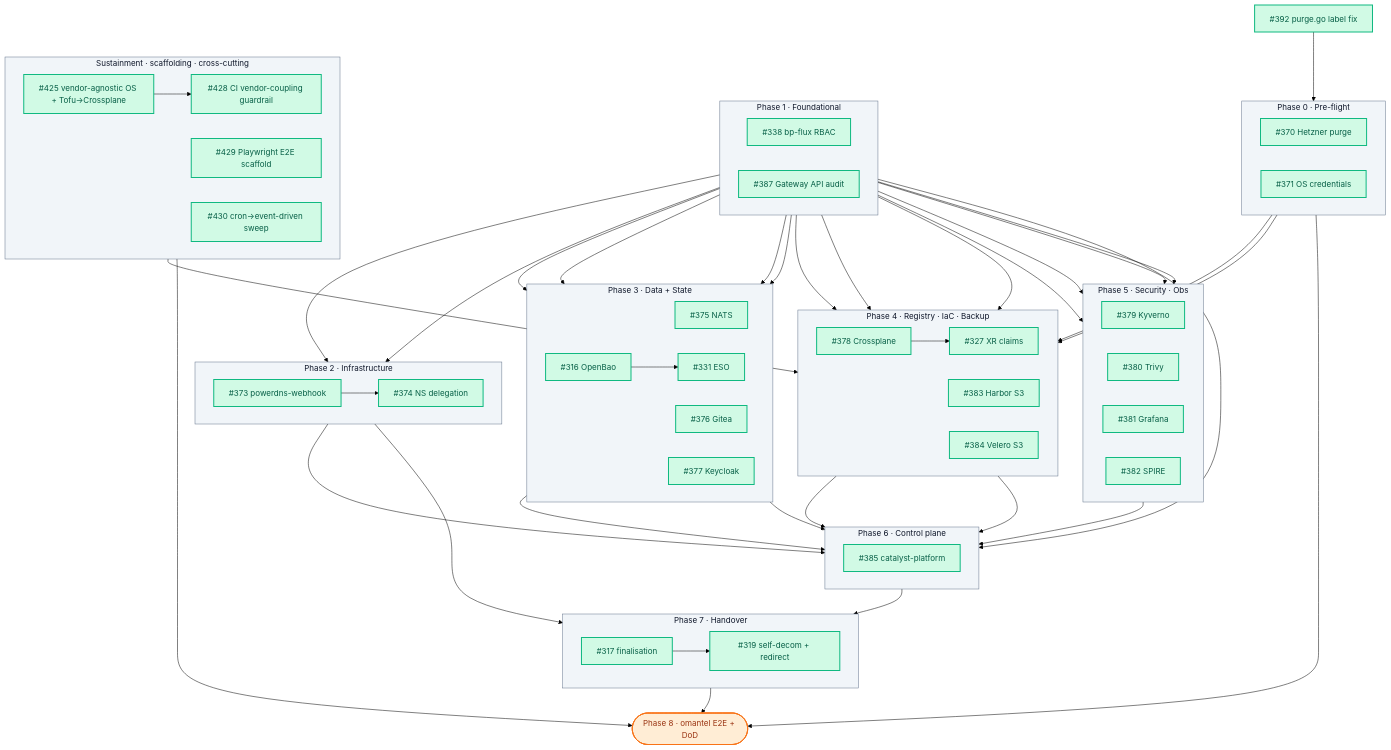
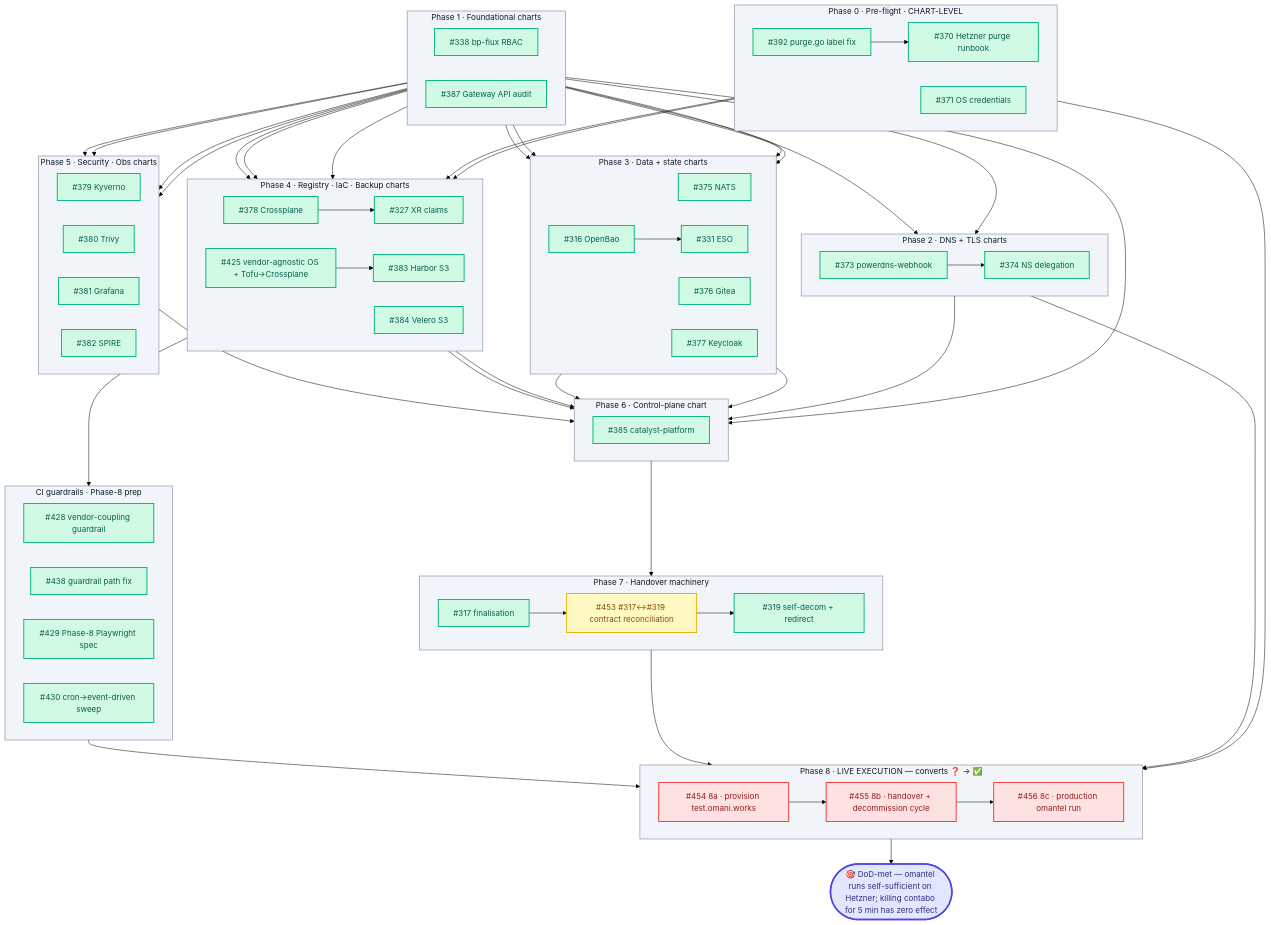
One commit to openova-io/openova changed the diagram in docs/omantel-handover-wbs.md. Above: the diagram before and after it, drawn with Mermaid (forest theme). The commit also changed other lines of this file, not shown here.

````diff
--- a/docs/omantel-handover-wbs.md
+++ b/docs/omantel-handover-wbs.md
@@ -95,25 +119,27 @@
     classDef wip fill:#fef9c3,stroke:#eab308,color:#854d0e,stroke-width:2px
     classDef blocked fill:#fee2e2,stroke:#ef4444,color:#991b1b,stroke-width:2px
     classDef gate fill:#ffedd5,stroke:#f97316,color:#9a3412,stroke-width:2px
+    classDef dod fill:#e0e7ff,stroke:#4f46e5,color:#312e81,stroke-width:3px
 
-    subgraph PH0[Phase 0 · Pre-flight]
+    subgraph PH0[Phase 0 · Pre-flight · CHART-LEVEL]
         direction LR
-        T370["#370 Hetzner purge"]
+        T370["#370 Hetzner purge runbook"]
         T371["#371 OS credentials"]
+        T392["#392 purge.go label fix"]
     end
 
-    subgraph PH1[Phase 1 · Foundational]
+    subgraph PH1[Phase 1 · Foundational charts]
         direction LR
         T338["#338 bp-flux RBAC"]
         T387["#387 Gateway API audit"]
     end
 
-    subgraph PH2[Phase 2 · Infrastructure]
+    subgraph PH2[Phase 2 · DNS + TLS charts]
         direction LR
         T373["#373 powerdns-webhook"] --> T374["#374 NS delegation"]
     end
 
-    subgraph PH3[Phase 3 · Data + State]
+    subgraph PH3[Phase 3 · Data + state charts]
         direction LR
         T375["#375 NATS"]
         T376["#376 Gitea"]
@@ -121,14 +147,15 @@
         T316["#316 OpenBao"] --> T331["#331 ESO"]
     end
 
-    subgraph PH4[Phase 4 · Registry · IaC · Backup]
+    subgraph PH4[Phase 4 · Registry · IaC · Backup charts]
         direction LR
         T378["#378 Crossplane"] --> T327["#327 XR claims"]
         T383["#383 Harbor S3"]
         T384["#384 Velero S3"]
+        T425["#425 vendor-agnostic OS + Tofu→Crossplane"]
     end
 
-    subgraph PH5[Phase 5 · Security · Obs]
+    subgraph PH5[Phase 5 · Security · Obs charts]
         direction LR
         T379["#379 Kyverno"]
         T380["#380 Trivy"]
@@ -136,31 +163,37 @@
         T382["#382 SPIRE"]
     end
 
-    subgraph PH6[Phase 6 · Control plane]
+    subgraph PH6[Phase 6 · Control-plane chart]
         direction LR
         T385["#385 catalyst-platform"]
     end
 
-    subgraph PH7[Phase 7 · Handover]
+    subgraph PH7[Phase 7 · Handover machinery]
         direction LR
-        T317["#317 finalisation"] --> T319["#319 self-decom + redirect"]
+        T317["#317 finalisation"] --> T453["#453 #317↔#319 contract reconciliation"]
+        T453 --> T319["#319 self-decom + redirect"]
     end
 
-    T392["#392 purge.go label fix"]
-    P8([Phase 8 · omantel E2E + DoD]):::gate
+    subgraph PH8[Phase 8 · LIVE EXECUTION — converts ❓ → ✅]
+        direction LR
+        T454["#454 8a · provision test.omani.works"] --> T455["#455 8b · handover + decommission cycle"]
+        T455 --> T456["#456 8c · production omantel run"]
+    end
 
-    subgraph SCAF[Sustainment · scaffolding · cross-cutting]
+    DOD([🎯 DoD-met — omantel runs self-sufficient on Hetzner; killing contabo for 5 min has zero effect]):::dod
+
+    subgraph SCAF[CI guardrails · Phase-8 prep]
         direction LR
-        T425["#425 vendor-agnostic OS + Tofu→Crossplane"]
-        T428["#428 CI vendor-coupling guardrail"]
-        T429["#429 Playwright E2E scaffold"]
+        T428["#428 vendor-coupling guardrail"]
+        T438["#438 guardrail path fix"]
+        T429["#429 Phase-8 Playwright spec"]
         T430["#430 cron→event-driven sweep"]
     end
 
-    %% Cross-cutting: #425 unblocks #383, #428 enforces it, #429 prepares Phase 8
+    %% Phase 0 → Phase 4 cross-cut
+    T392 --> T370
     T425 --> T383
     T425 --> T428
-    T429 --> P8
 
     %% Phase 1 → Phase 2
     T338 --> T373
@@ -194,20 +227,24 @@
     T373 --> T385
     T387 --> T385
 
-    %% Phase 6 → Phase 7 → Phase 8
+    %% Phase 6 → Phase 7
     T385 --> T317
-    T319 --> P8
-    T374 --> T319
-    T370 --> P8
 
-    %% #392 unblocks #370
-    T392 --> T370
+    %% Phase 7 → Phase 8 (the integration gate)
+    T319 --> T454
+    T374 --> T455
+    T370 --> T454
+    T429 --> T454
 
-    class PH0,PH1,PH2,PH3,PH4,PH5,PH6,PH7,SCAF phase
-    class T316,T317,T319,T322,T326,T327,T331,T338,T370,T371,T373,T374,T375,T376,T377,T378,T379,T380,T381,T382,T383,T384,T385,T387,T392,T425,T428,T429,T430,T438 done
-    class T323,T324,T325 wip
+    %% Phase 8 → DoD
+    T456 --> DOD
 
-    %% Clickable ticket numbers — open the GitHub issue in a new tab
+    class PH0,PH1,PH2,PH3,PH4,PH5,PH6,PH7,PH8,SCAF phase
+    class T316,T317,T319,T327,T331,T338,T370,T371,T373,T374,T375,T376,T377,T378,T379,T380,T381,T382,T383,T384,T385,T387,T392,T425,T428,T429,T430,T438 done
+    class T453 wip
+    class T454,T455,T456 blocked
+
+    %% Clickable ticket numbers
     click T316 "https://github.com/openova-io/openova/issues/316" "Open #316" _blank
     click T317 "https://github.com/openova-io/openova/issues/317" "Open #317" _blank
     click T319 "https://github.com/openova-io/openova/issues/319" "Open #319" _blank
@@ -236,5 +273,9 @@
     click T429 "https://github.com/openova-io/openova/issues/429" "Open #429" _blank
     click T430 "https://github.com/openova-io/openova/issues/430" "Open #430" _blank
     click T438 "https://github.com/openova-io/openova/issues/438" "Open #438" _blank
-    click P8 "https://github.com/openova-io/openova/issues/369" "Open epic #369" _blank
+    click T453 "https://github.com/openova-io/openova/issues/453" "Open #453" _blank
+    click T454 "https://github.com/openova-io/openova/issues/454" "Open #454" _blank
+    click T455 "https://github.com/openova-io/openova/issues/455" "Open #455" _blank
+    click T456 "https://github.com/openova-io/openova/issues/456" "Open #456" _blank
+    click DOD "https://github.com/openova-io/openova/issues/369" "Open epic #369" _blank
 ```
````
